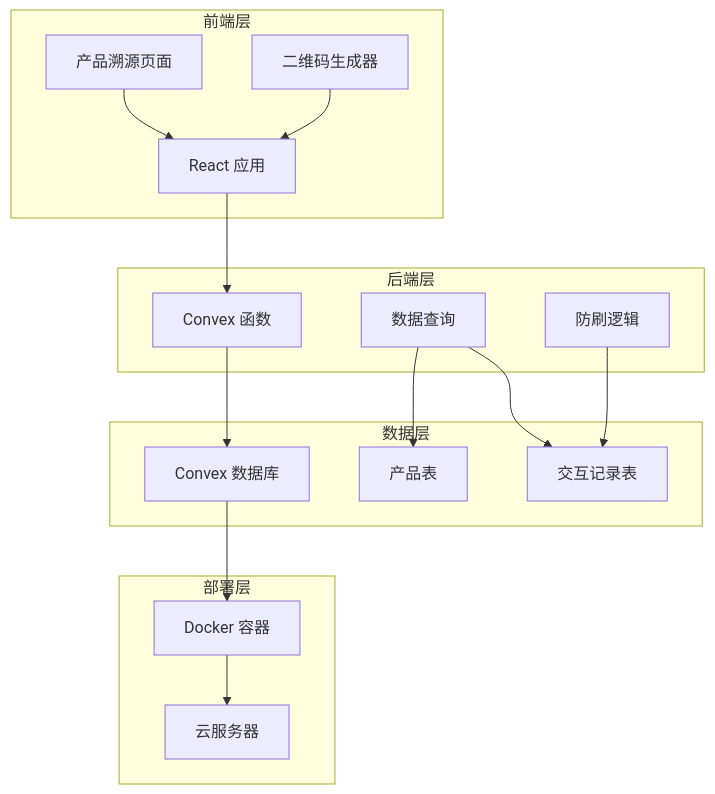
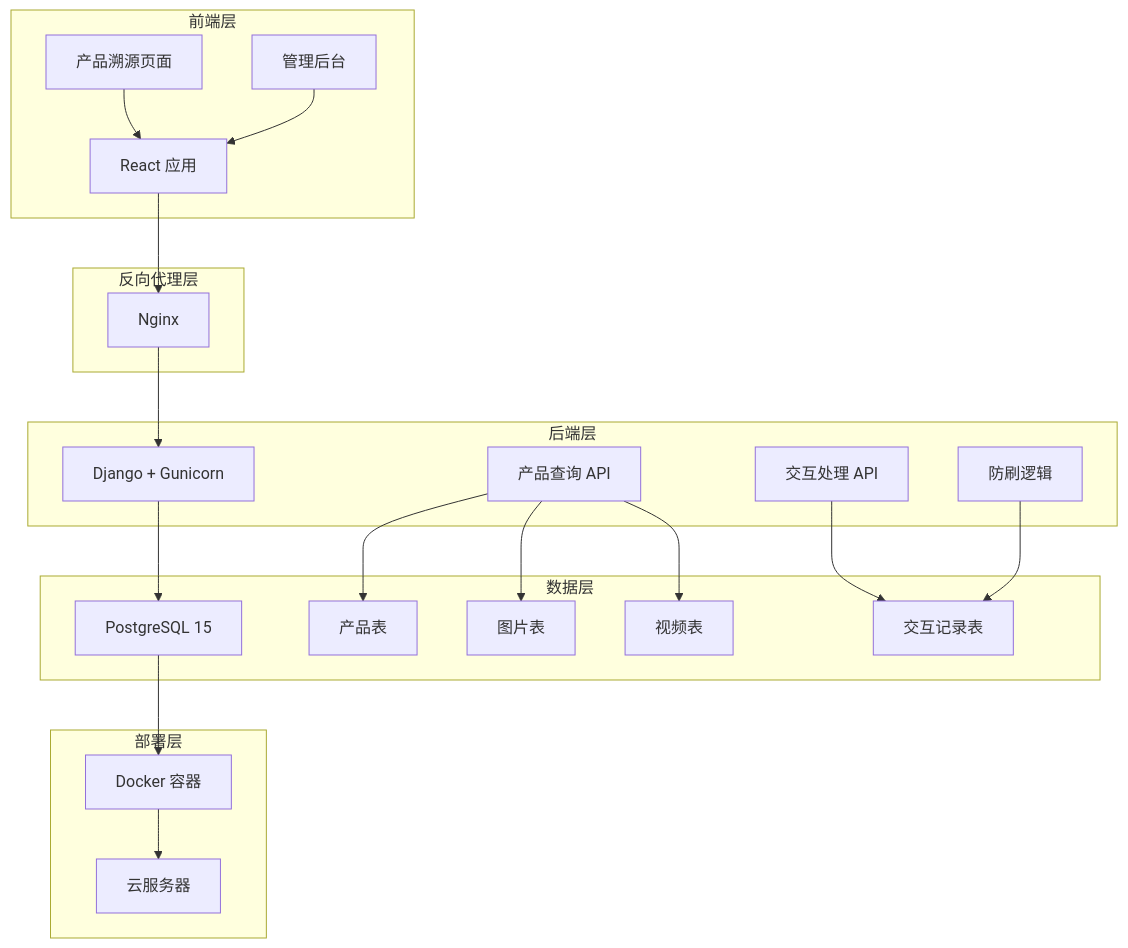
The first of 2 diagrams in .trae/documents/农产品二维码溯源系统_tech_arch.md (shuiqinghuan/agriculture-qr-traceability), drawn with Mermaid before and after one commit. The commit also changed other lines of this file and 7 other files, not shown here.

````diff
--- a/.trae/documents/农产品二维码溯源系统_tech_arch.md
+++ b/.trae/documents/农产品二维码溯源系统_tech_arch.md
@@ -2,35 +2,45 @@
 ```mermaid
 graph TB
     subgraph "前端层"
         A[React 应用]
         B[产品溯源页面]
-        C[二维码生成器]
+        C[管理后台]
+    end
+    
+    subgraph "反向代理层"
+        D[Nginx]
     end
     
     subgraph "后端层"
-        D[Convex 函数]
-        E[数据查询]
-        F[防刷逻辑]
+        E[Django + Gunicorn]
+        F[产品查询 API]
+        G[交互处理 API]
+        H[防刷逻辑]
     end
     
     subgraph "数据层"
-        G[Convex 数据库]
-        H[产品表]
-        I[交互记录表]
+        I[PostgreSQL 15]
+        J[产品表]
+        K[图片表]
+        L[视频表]
+        M[交互记录表]
     end
     
     subgraph "部署层"
-        J[Docker 容器]
-        K[云服务器]
+        N[Docker 容器]
+        O[云服务器]
     end
     
     A --> D
     B --> A
     C --> A
-    D --> G
-    E --> H
+    D --> E
     E --> I
-    F --> I
-    G --> J
-    J --> K
+    F --> J
+    F --> K
+    F --> L
+    G --> M
+    H --> M
+    I --> N
+    N --> O
 ```
````
